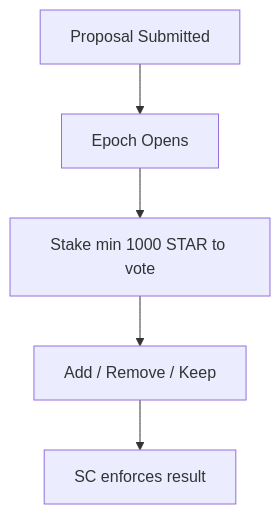
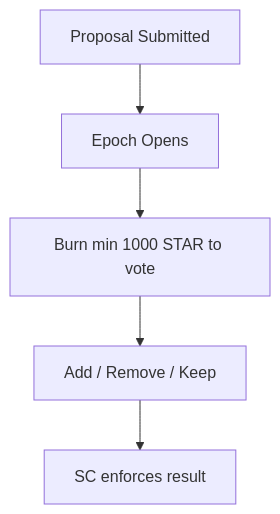
One commit to nineisten/qusino changed the third of 3 diagrams in README.md. Above: the diagram before and after it, drawn with Mermaid. The commit also changed other lines of this file, not shown here.

````diff
--- a/README.md
+++ b/README.md
@@ -94,7 +94,7 @@
 ```mermaid
 flowchart TD
     P[Proposal Submitted] --> E[Epoch Opens]
-    E --> V[Stake min 1000 STAR to vote]
+    E --> V[Burn min 1000 STAR to vote]
     V --> Vote[Add / Remove / Keep]
     Vote --> Result[SC enforces result]
 ```
````
